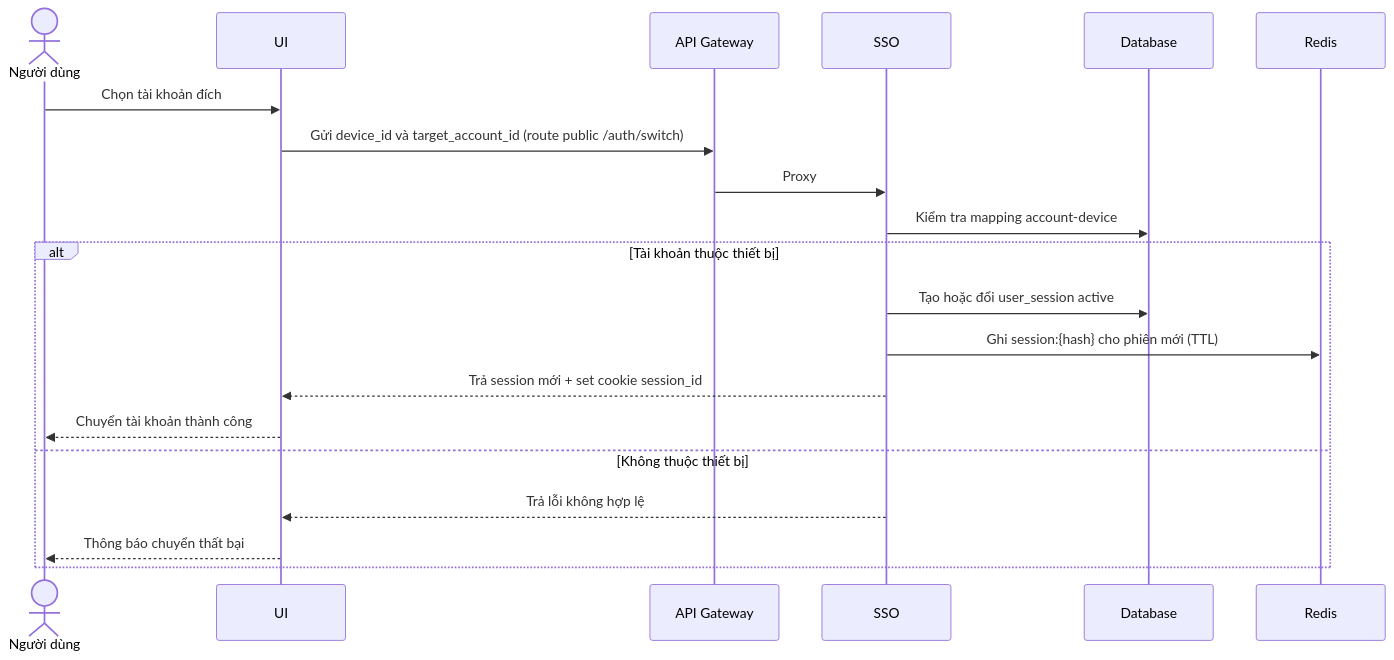
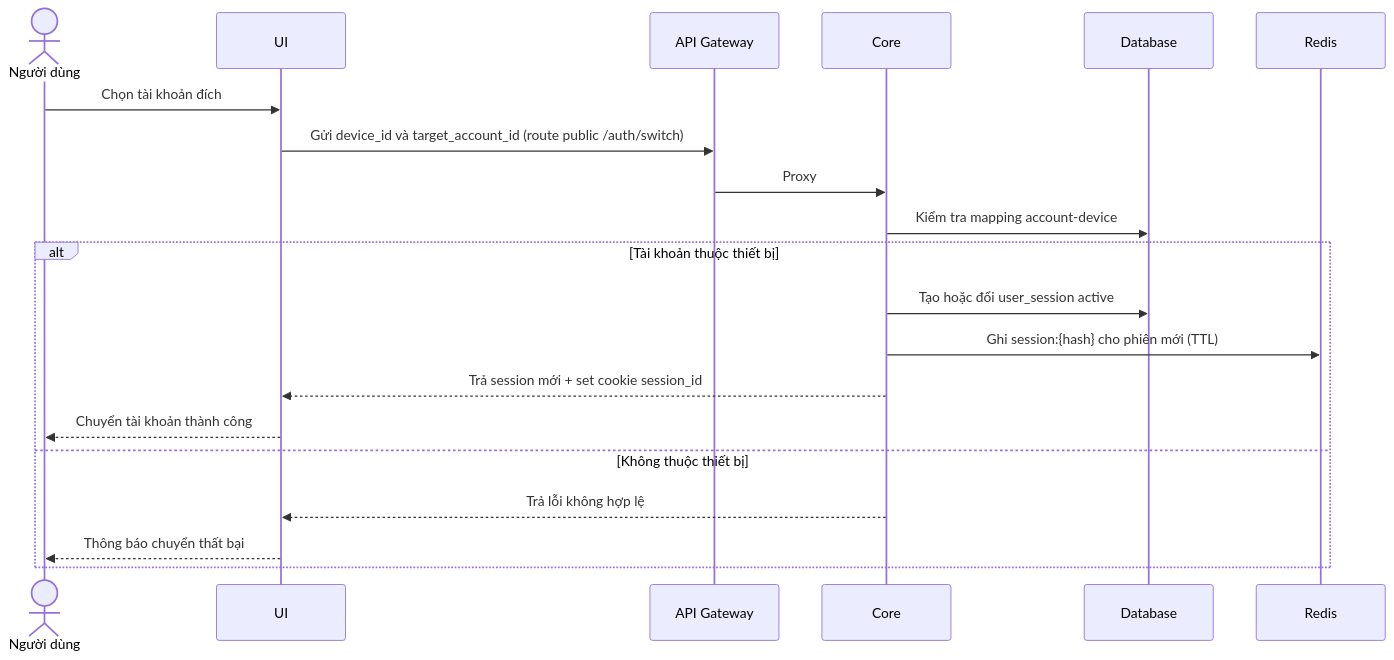
The fourth of 6 diagrams in docs/thiet-ke-he-thong-20260522.md (CVThien2k2/joytab), drawn with Mermaid before and after one commit. The commit also changed other lines of this file and 4 other files, not shown here.

Commit message:
docs: rename sso service to core

````diff
--- a/docs/thiet-ke-he-thong-20260522.md
+++ b/docs/thiet-ke-he-thong-20260522.md
@@ -107,23 +107,23 @@
 ```mermaid
 sequenceDiagram
   actor ND as Người dùng
   participant UI
   participant GW as API Gateway
-  participant API as SSO
+  participant API as Core
   participant DB as Database
   participant RD as Redis
 
   ND->>UI: Chọn tài khoản đích
   UI->>GW: Gửi device_id và target_account_id (route public /auth/switch)
   GW->>API: Proxy
   API->>DB: Kiểm tra mapping account-device
   alt Tài khoản thuộc thiết bị
     API->>DB: Tạo hoặc đổi user_session active
     API->>RD: Ghi session:{hash} cho phiên mới (TTL)
     API-->>UI: Trả session mới + set cookie session_id
     UI-->>ND: Chuyển tài khoản thành công
   else Không thuộc thiết bị
     API-->>UI: Trả lỗi không hợp lệ
     UI-->>ND: Thông báo chuyển thất bại
   end
 ```
````
